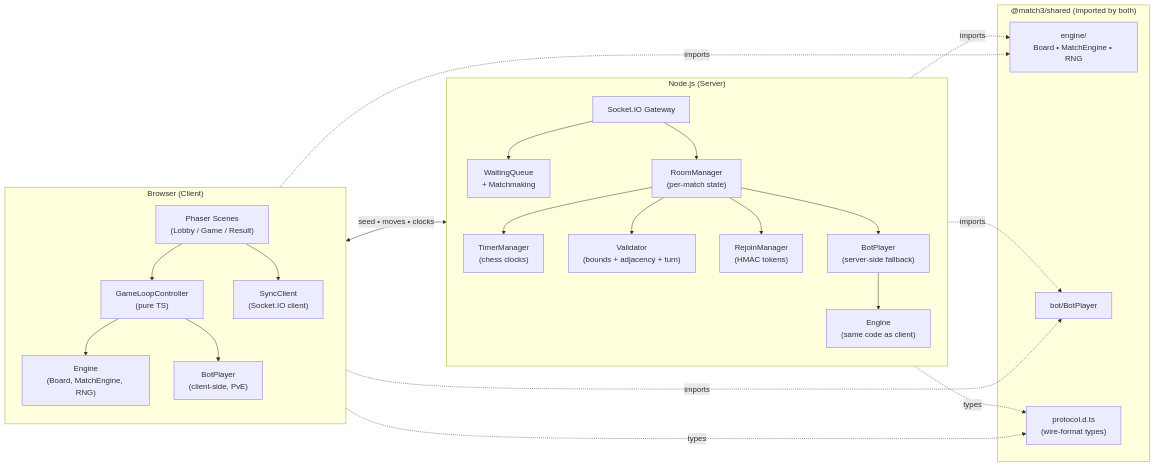
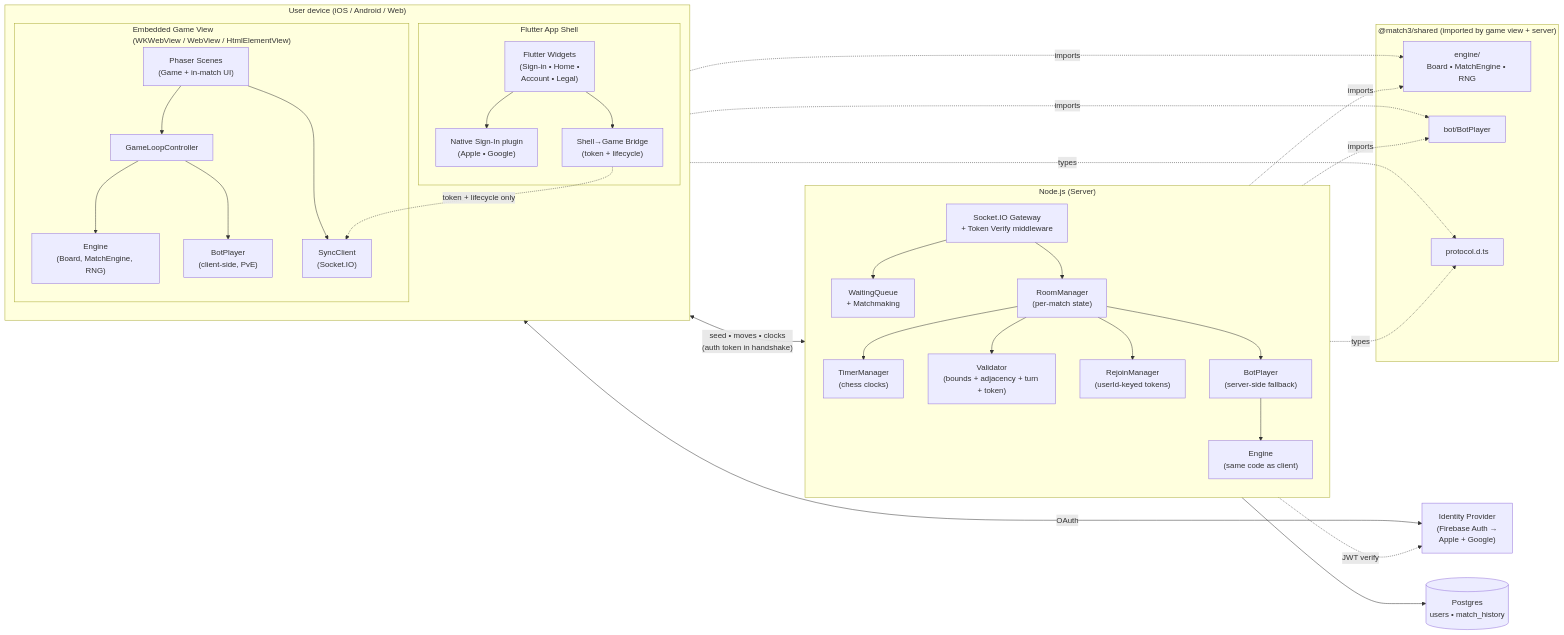
The first of 9 diagrams in specification/system-design.md (BuiHoangTu/match3-competitive-fe), drawn with Mermaid before and after one commit. The commit also changed other lines of this file and 3 other files, not shown here.

First line of the commit message:
docs(spec): pivot to Flutter universal shell + mandatory auth

````diff
--- a/specification/system-design.md
+++ b/specification/system-design.md
@@ -28,48 +30,64 @@
 ```mermaid
 flowchart LR
-    subgraph Client["Browser (Client)"]
+    subgraph Device["User device (iOS / Android / Web)"]
         direction TB
-        UI["Phaser Scenes<br/>(Lobby / Game / Result)"]
-        GLC["GameLoopController<br/>(pure TS)"]
-        CEngine["Engine<br/>(Board, MatchEngine, RNG)"]
-        CBot["BotPlayer<br/>(client-side, PvE)"]
-        Net["SyncClient<br/>(Socket.IO client)"]
-        UI --> GLC
-        GLC --> CEngine
-        GLC --> CBot
-        UI --> Net
+        subgraph Shell["Flutter App Shell"]
+            ShellUI["Flutter Widgets<br/>(Sign-in • Home •<br/>Account • Legal)"]
+            ShellAuth["Native Sign-In plugin<br/>(Apple • Google)"]
+            ShellBridge["Shell→Game Bridge<br/>(token + lifecycle)"]
+            ShellUI --> ShellAuth
+            ShellUI --> ShellBridge
+        end
+        subgraph GameView["Embedded Game View<br/>(WKWebView / WebView / HtmlElementView)"]
+            UI["Phaser Scenes<br/>(Game + in-match UI)"]
+            GLC["GameLoopController"]
+            CEngine["Engine<br/>(Board, MatchEngine, RNG)"]
+            CBot["BotPlayer<br/>(client-side, PvE)"]
+            Net["SyncClient<br/>(Socket.IO)"]
+            UI --> GLC
+            GLC --> CEngine
+            GLC --> CBot
+            UI --> Net
+        end
+        ShellBridge -.token + lifecycle only.-> Net
     end
 
     subgraph Server["Node.js (Server)"]
         direction TB
-        IO["Socket.IO Gateway"]
+        IO["Socket.IO Gateway<br/>+ Token Verify middleware"]
         Queue["WaitingQueue<br/>+ Matchmaking"]
         Rooms["RoomManager<br/>(per-match state)"]
         Timer["TimerManager<br/>(chess clocks)"]
-        Valid["Validator<br/>(bounds + adjacency + turn)"]
-        Rejoin["RejoinManager<br/>(HMAC tokens)"]
+        Valid["Validator<br/>(bounds + adjacency + turn + token)"]
+        Rejoin["RejoinManager<br/>(userId-keyed tokens)"]
         SBot["BotPlayer<br/>(server-side fallback)"]
         SEngine["Engine<br/>(same code as client)"]
         IO --> Queue
         IO --> Rooms
         Rooms --> Timer
         Rooms --> Valid
         Rooms --> Rejoin
         Rooms --> SBot
         SBot --> SEngine
     end
 
-    subgraph Shared["@match3/shared (imported by both)"]
+    IdP["Identity Provider<br/>(Firebase Auth →<br/>Apple + Google)"]
+    DB[("Postgres<br/>users • match_history")]
+
+    subgraph SharedPkg["@match3/shared (imported by game view + server)"]
         SharedEngine["engine/<br/>Board • MatchEngine • RNG"]
         SharedBot["bot/BotPlayer"]
-        Protocol["protocol.d.ts<br/>(wire-format types)"]
+        Protocol["protocol.d.ts"]
     end
 
-    Net <-->|"seed • moves • clocks"| IO
+    ShellAuth <-->|OAuth| IdP
+    Net <-->|"seed • moves • clocks<br/>(auth token in handshake)"| IO
+    IO -.JWT verify.-> IdP
+    Rooms --> DB
     CEngine -.imports.-> SharedEngine
     SEngine -.imports.-> SharedEngine
     CBot -.imports.-> SharedBot
     SBot -.imports.-> SharedBot
     Net -.types.-> Protocol
     IO -.types.-> Protocol
 ```
````
